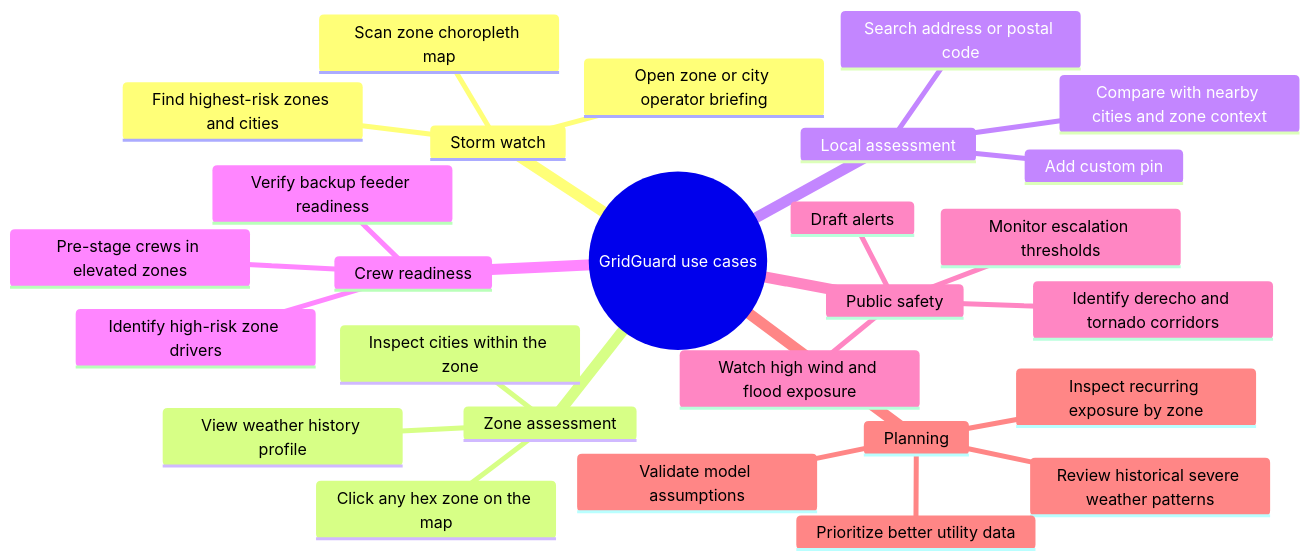
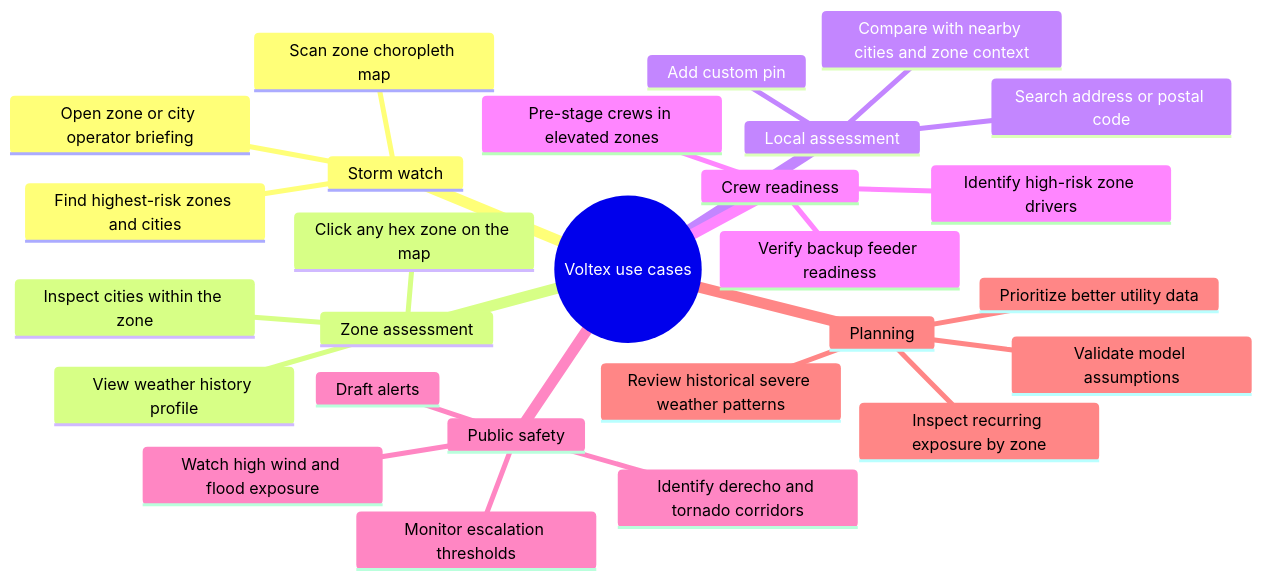
The first of 5 diagrams in docs/02-product-methodology-and-use-cases.md (bmar1/voltex), drawn with Mermaid before and after one commit. The commit also changed other lines of this file and 3 other files, not shown here.

First line of the commit message:
Rebrand docs to Voltex and fix mermaid diagrams

````diff
--- a/docs/02-product-methodology-and-use-cases.md
+++ b/docs/02-product-methodology-and-use-cases.md
@@ -52,30 +52,30 @@
 ```mermaid
 mindmap
-  root((GridGuard use cases))
+  root((Voltex use cases))
     Storm watch
       Scan zone choropleth map
       Find highest-risk zones and cities
       Open zone or city operator briefing
     Zone assessment
       Click any hex zone on the map
       View weather history profile
       Inspect cities within the zone
     Local assessment
       Search address or postal code
       Add custom pin
       Compare with nearby cities and zone context
     Crew readiness
       Identify high-risk zone drivers
       Pre-stage crews in elevated zones
       Verify backup feeder readiness
     Public safety
       Watch high wind and flood exposure
       Identify derecho and tornado corridors
       Draft alerts
       Monitor escalation thresholds
     Planning
       Inspect recurring exposure by zone
       Review historical severe weather patterns
       Prioritize better utility data
       Validate model assumptions
 ```
````
